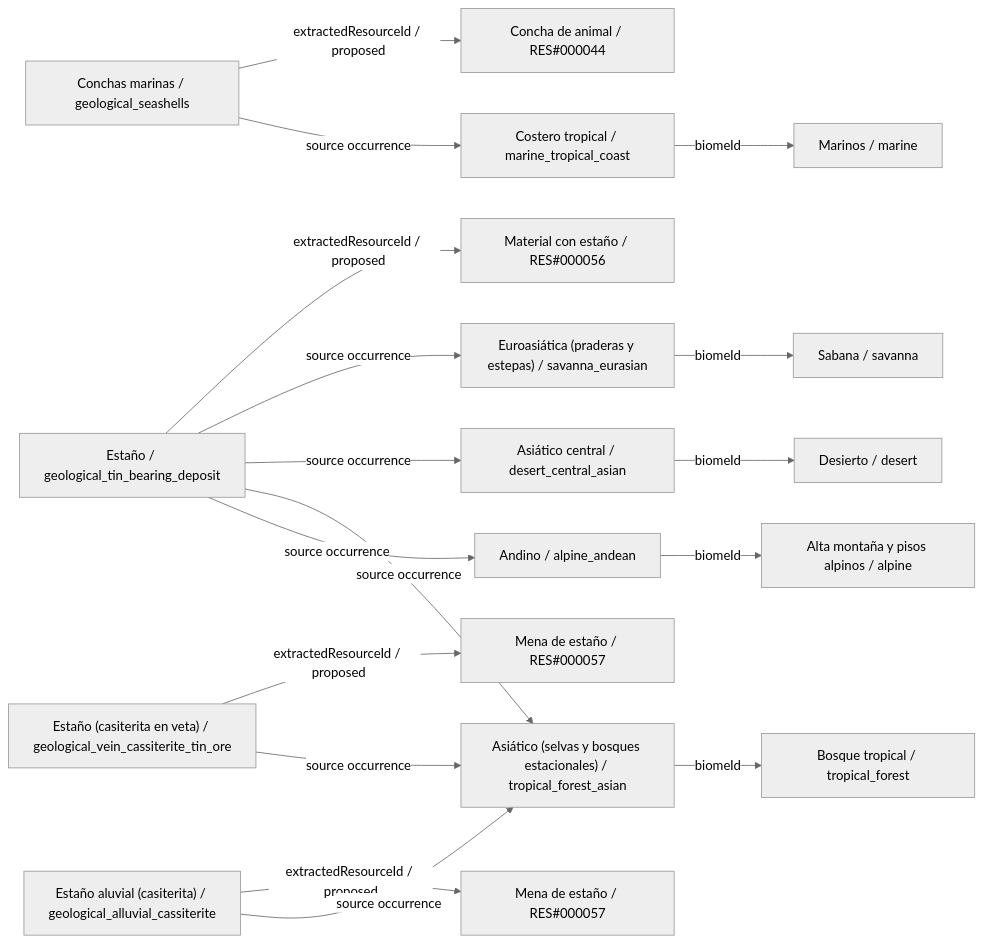
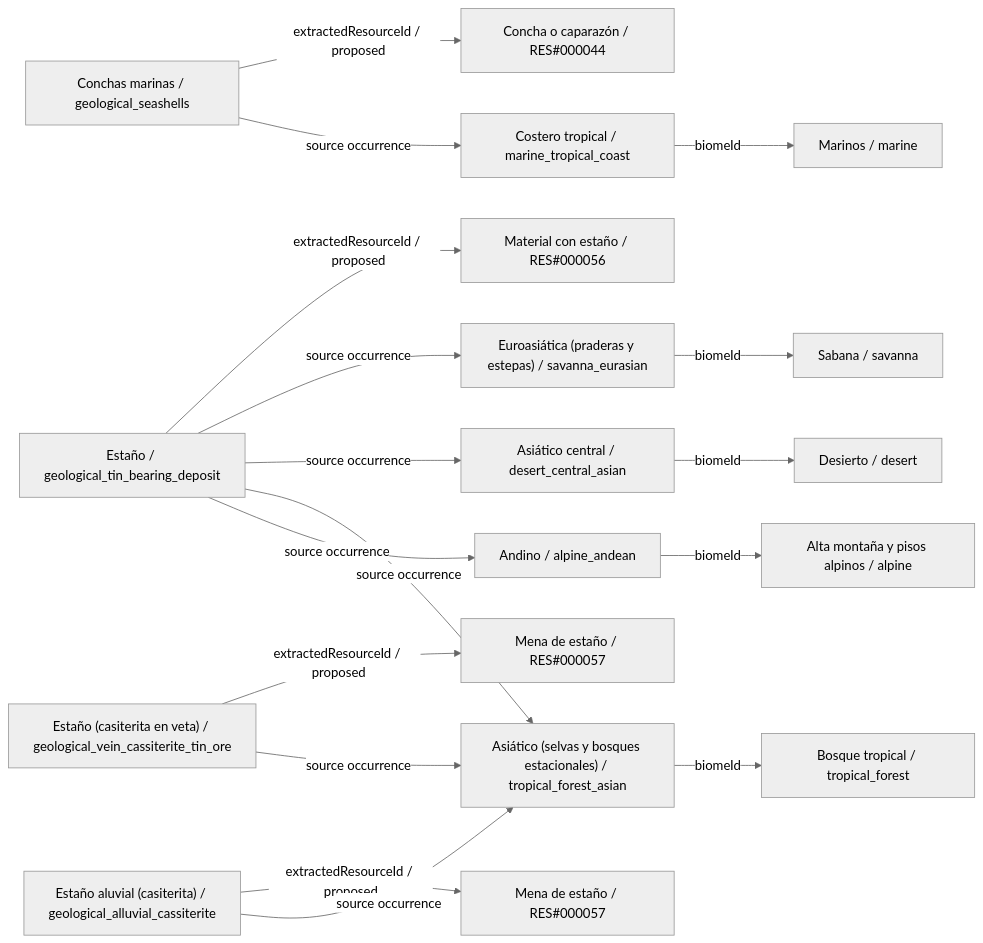
Before and after one commit to fgabo404/EvolveDoc: the fifth of 15 diagrams in data/minerals/DIAGRAMS.es.md, drawn with Mermaid (neutral theme). The commit also changed 44 other files, not shown here.

````diff
--- a/data/minerals/DIAGRAMS.es.md
+++ b/data/minerals/DIAGRAMS.es.md
@@ -369,37 +369,37 @@
 ```mermaid
 flowchart LR
     c0["Conchas marinas / geological_seashells"]
     v19["Costero tropical / marine_tropical_coast"]
     b5["Marinos / marine"]
-    r0["Concha de animal / RES#000044"]
+    r0["Concha o caparazón / RES#000044"]
     c1["Estaño / geological_tin_bearing_deposit"]
     v2["Asiático (selvas y bosques estacionales) / tropical_forest_asian"]
     b0["Bosque tropical / tropical_forest"]
     v13["Euroasiática (praderas y estepas) / savanna_eurasian"]
     b3["Sabana / savanna"]
     v17["Asiático central / desert_central_asian"]
     b4["Desierto / desert"]
     v23["Andino / alpine_andean"]
     b6["Alta montaña y pisos alpinos / alpine"]
     r1["Material con estaño / RES#000056"]
     c2["Estaño (casiterita en veta) / geological_vein_cassiterite_tin_ore"]
     r2["Mena de estaño / RES#000057"]
     c3["Estaño aluvial (casiterita) / geological_alluvial_cassiterite"]
     r3["Mena de estaño / RES#000057"]
     c0 -->|extractedResourceId / proposed| r0
     c0 -->|source occurrence| v19
     c1 -->|extractedResourceId / proposed| r1
     c1 -->|source occurrence| v13
     c1 -->|source occurrence| v17
     c1 -->|source occurrence| v2
     c1 -->|source occurrence| v23
     c2 -->|extractedResourceId / proposed| r2
     c2 -->|source occurrence| v2
     c3 -->|extractedResourceId / proposed| r3
     c3 -->|source occurrence| v2
     v13 -->|biomeId| b3
     v17 -->|biomeId| b4
     v19 -->|biomeId| b5
     v2 -->|biomeId| b0
     v23 -->|biomeId| b6
 ```
````
